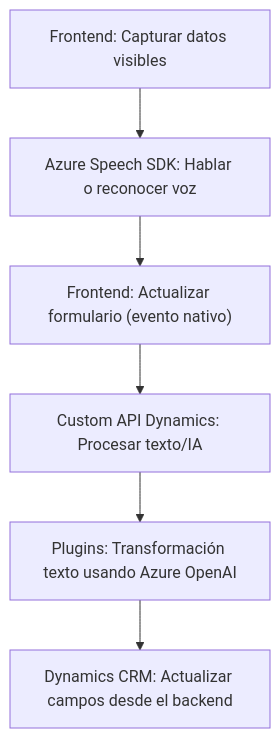
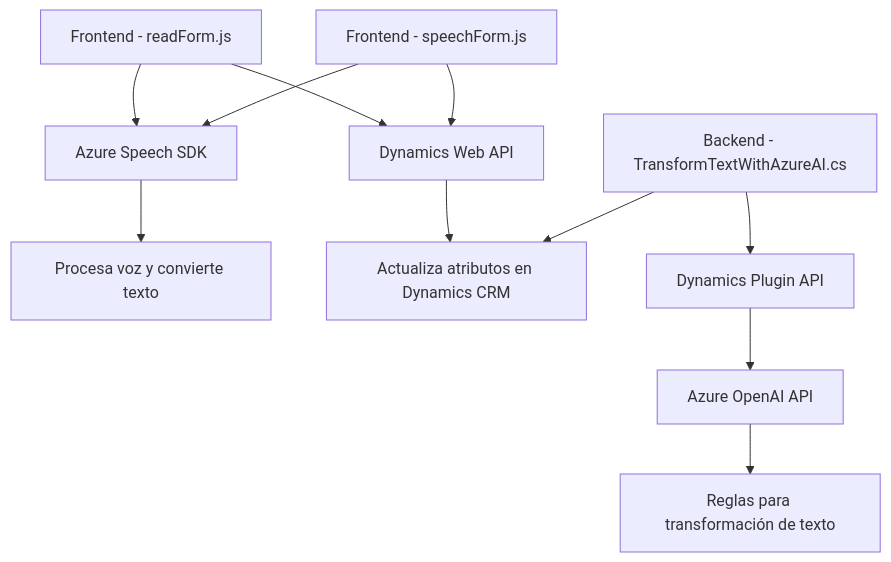
One commit to blopezdm/NETCORE_BILBAO2025 changed the diagram in README.md. Above: the diagram before and after it, drawn with Mermaid. The commit also changed other lines of this file, not shown here.

Commit message:
Actualizar análisis global de la solución con IA

````diff
--- a/README.md
+++ b/README.md
@@ -64,15 +42,13 @@
 ```mermaid
 graph TD
-    A["Frontend: Capturar datos visibles"]
-    B["Azure Speech SDK: Hablar o reconocer voz"]
-    C["Frontend: Actualizar formulario (evento nativo)"]
-    D["Custom API Dynamics: Procesar texto/IA"]
-    E["Plugins: Transformación texto usando Azure OpenAI"]
-    F["Dynamics CRM: Actualizar campos desde el backend"]
-
-    A --> B
-    B --> C
-    C --> D
-    D --> E
-    E --> F
+    A["Frontend - readForm.js"] --> C["Azure Speech SDK"]
+    A --> D["Dynamics Web API"]
+    B["Frontend - speechForm.js"] --> C
+    B --> D
+    C --> E["Procesa voz y convierte texto"]
+    D --> F["Actualiza atributos en Dynamics CRM"]
+    G["Backend - TransformTextWithAzureAI.cs"] --> H["Dynamics Plugin API"]
+    H --> I["Azure OpenAI API"]
+    I --> J["Reglas para transformación de texto"]
+    G --> F
 ```
````
